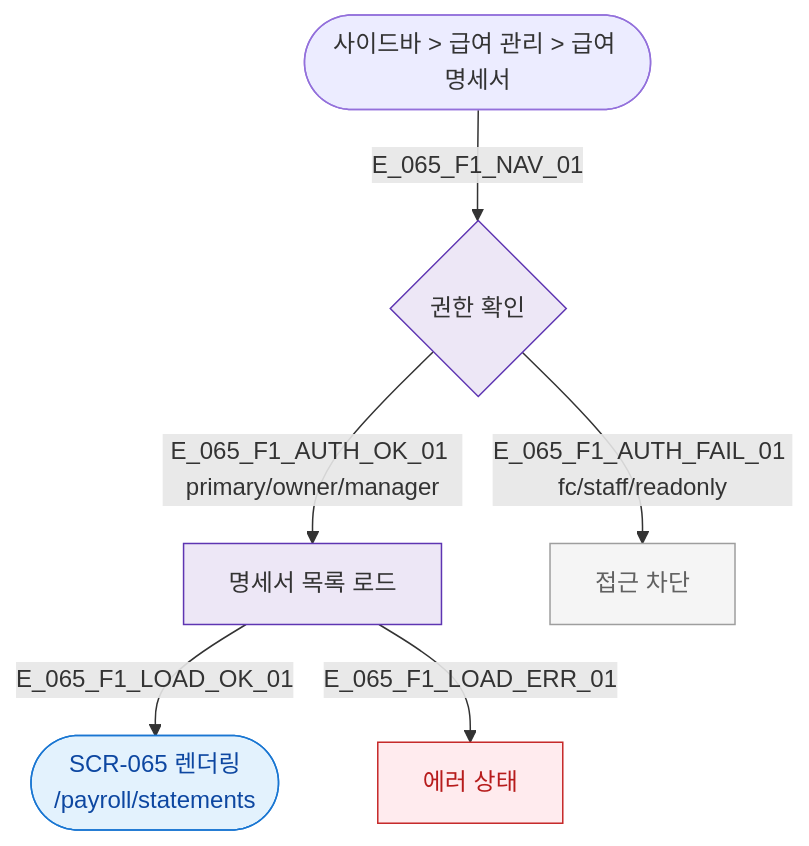
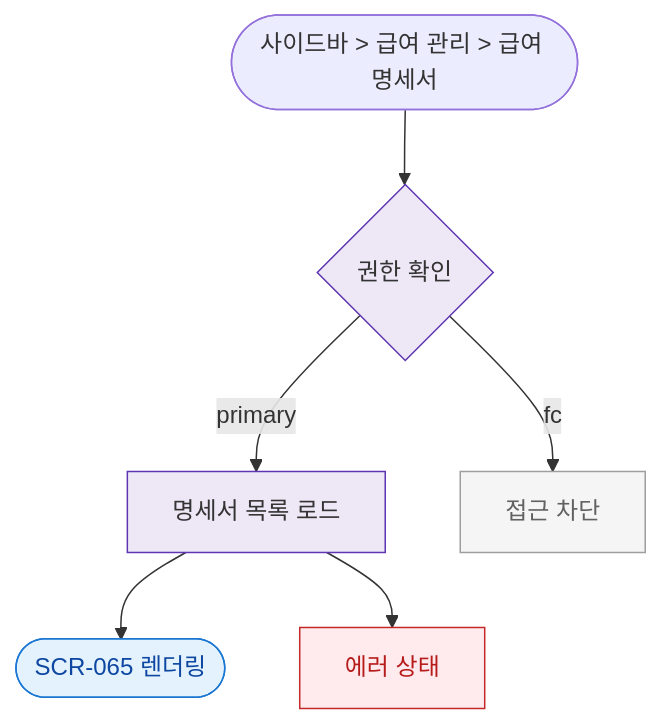
One commit to dev-spogym/admin-pando changed the diagram in docs/다이어그램/D07_직원관리/SCR-065_급여명세서/F1_진입.md. Above: the diagram before and after it, drawn with Mermaid. The commit also changed other lines of this file and 1660 other files, not shown here.

First line of the commit message:
다이어그램: 기획자/클라이언트 납품본으로 정리

````diff
--- a/docs/다이어그램/D07_직원관리/SCR-065_급여명세서/F1_진입.md
+++ b/docs/다이어그램/D07_직원관리/SCR-065_급여명세서/F1_진입.md
@@ -14,21 +12,21 @@
 ```mermaid
 flowchart TD
   SIDEBAR([사이드바 > 급여 관리 > 급여 명세서])
-  SIDEBAR -->|E_065_F1_NAV_01| AUTH{권한 확인}
+  SIDEBAR --> AUTH{권한 확인}
 
-  AUTH -->|E_065_F1_AUTH_OK_01 primary/owner/manager| LOAD[명세서 목록 로드]
-  AUTH -->|E_065_F1_AUTH_FAIL_01 fc/staff/readonly| BLOCKED[접근 차단]
+  AUTH -->|primary|LOAD[명세서 목록 로드]
+  AUTH -->|fc|BLOCKED[접근 차단]
 
-  LOAD -->|E_065_F1_LOAD_OK_01| SCR_065([SCR-065 렌더링\n/payroll/statements])
-  LOAD -->|E_065_F1_LOAD_ERR_01| ERR[에러 상태]
+  LOAD --> SCR_065([SCR-065 렌더링\n])
+  LOAD --> ERR[에러 상태]
 
-  classDef screen      fill:#E3F2FD,stroke:#1976D2,color:#0D47A1
-  classDef system      fill:#EDE7F6,stroke:#5E35B2
-  classDef error       fill:#FFEBEE,stroke:#C62828,color:#B71C1C
+  classDef screen fill:#E3F2FD,stroke:#1976D2,color:#0D47A1
+  classDef system fill:#EDE7F6,stroke:#5E35B2
+  classDef error fill:#FFEBEE,stroke:#C62828,color:#B71C1C
   classDef rbacBlocked fill:#F5F5F5,stroke:#9E9E9E,color:#616161
 
   class SCR_065 screen
   class LOAD,AUTH system
   class ERR error
   class BLOCKED rbacBlocked
 ```
````
